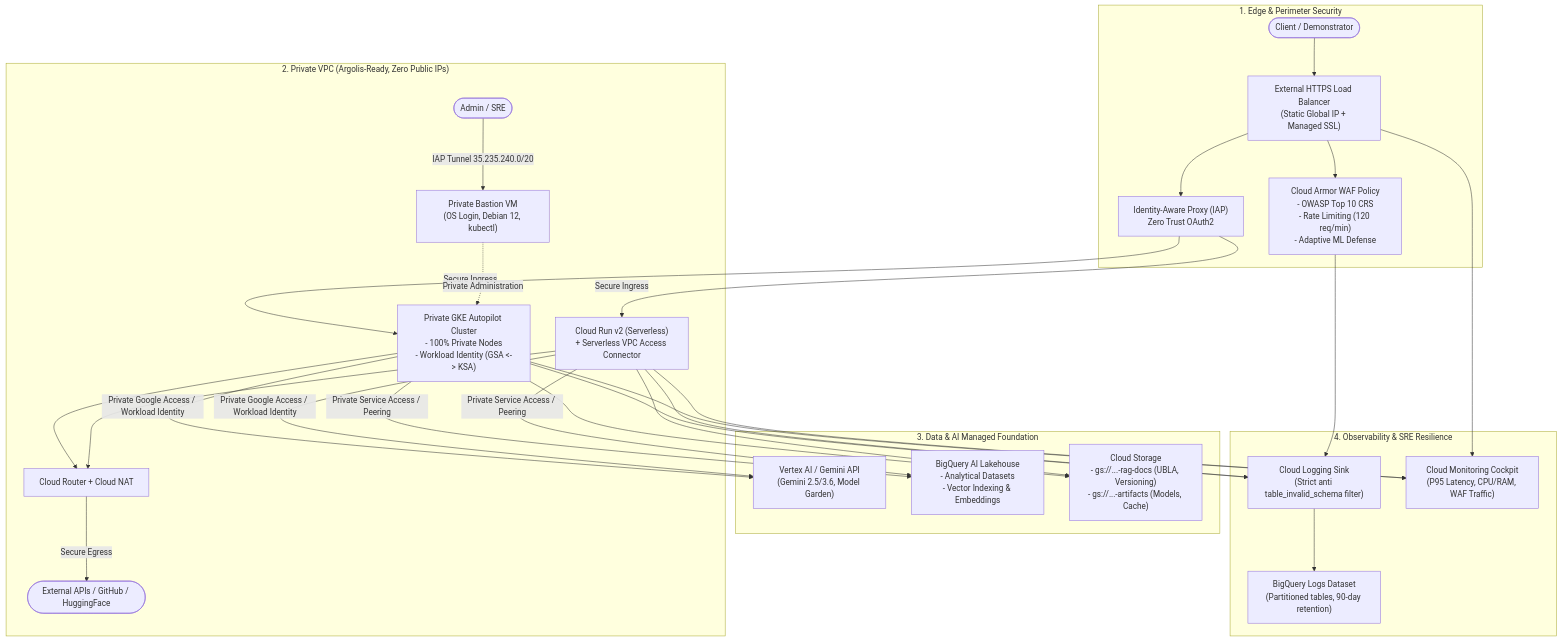
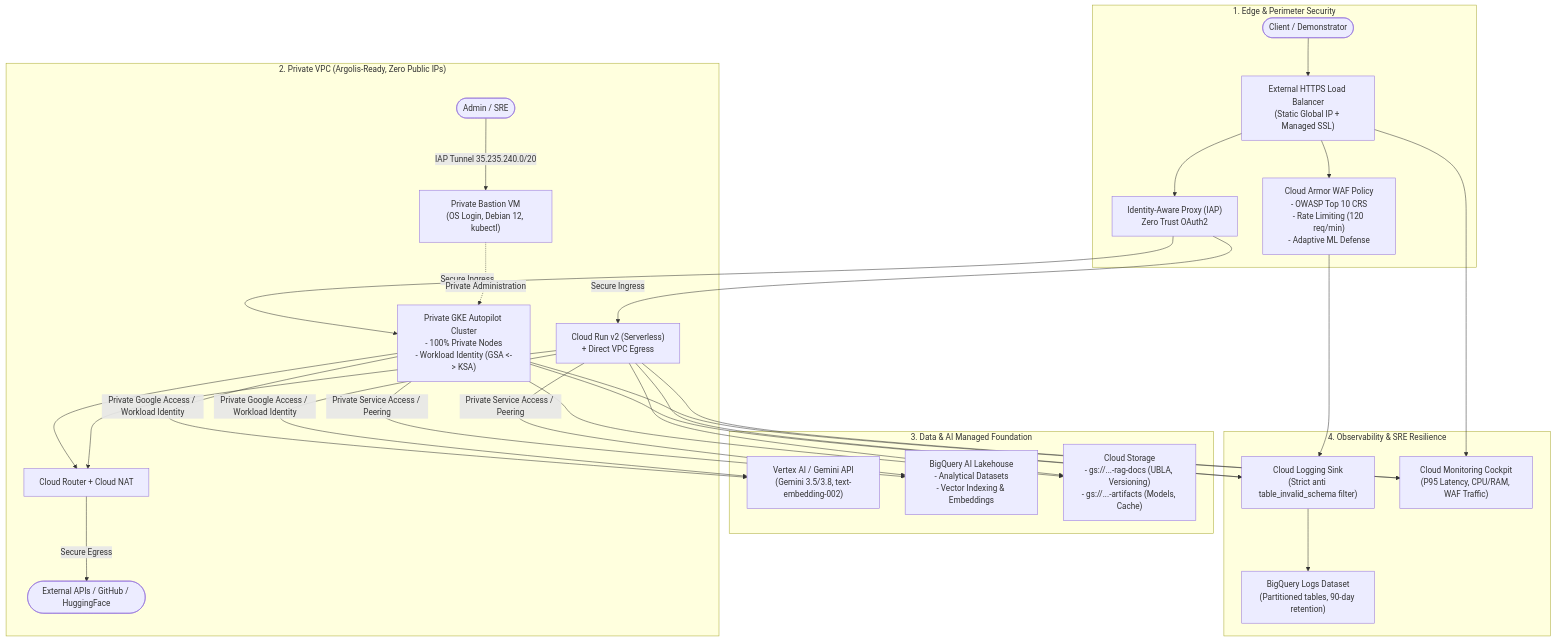
The diagram in README-EN.md (hoffmannw-hjkl/gcp-ai-foundation-blueprint), drawn with Mermaid before and after one commit. The commit also changed other lines of this file and 2 other files, not shown here.

First line of the commit message:
docs: align blueprint documentation with Google Technical Writing standards

````diff
--- a/README-EN.md
+++ b/README-EN.md
@@ -29,32 +25,32 @@
 ```mermaid
 flowchart TD
     subgraph Internet_Edge ["1. Edge & Perimeter Security"]
         User(["Client / Demonstrator"]) --> LB["External HTTPS Load Balancer\n(Static Global IP + Managed SSL)"]
         LB --> WAF["Cloud Armor WAF Policy\n- OWASP Top 10 CRS\n- Rate Limiting (120 req/min)\n- Adaptive ML Defense"]
         LB --> IAP["Identity-Aware Proxy (IAP)\nZero Trust OAuth2"]
     end
 
     subgraph VPC ["2. Private VPC (Argolis-Ready, Zero Public IPs)"]
         IAP -->|Secure Ingress| GKE["Private GKE Autopilot Cluster\n- 100% Private Nodes\n- Workload Identity (GSA <-> KSA)"]
-        IAP -->|Secure Ingress| CR["Cloud Run v2 (Serverless)\n+ Serverless VPC Access Connector"]
+        IAP -->|Secure Ingress| CR["Cloud Run v2 (Serverless)\n+ Direct VPC Egress"]
         
         Admin(["Admin / SRE"]) -->|IAP Tunnel 35.235.240.0/20| Bastion["Private Bastion VM\n(OS Login, Debian 12, kubectl)"]
         Bastion -.->|Private Administration| GKE
 
         GKE --> NAT["Cloud Router + Cloud NAT"]
         CR --> NAT
         NAT -->|Secure Egress| EgressNet(["External APIs / GitHub / HuggingFace"])
     end
 
     subgraph Data_AI ["3. Data & AI Managed Foundation"]
-        GKE & CR -->|Private Google Access / Workload Identity| VertexAI["Vertex AI / Gemini API\n(Gemini 2.5/3.6, Model Garden)"]
+        GKE & CR -->|Private Google Access / Workload Identity| VertexAI["Vertex AI / Gemini API\n(Gemini 3.5/3.8, text-embedding-002)"]
         GKE & CR -->|Private Service Access / Peering| BQ["BigQuery AI Lakehouse\n- Analytical Datasets\n- Vector Indexing & Embeddings"]
         GKE & CR --> GCS["Cloud Storage\n- gs://...-rag-docs (UBLA, Versioning)\n- gs://...-artifacts (Models, Cache)"]
     end
 
     subgraph SRE_Observability ["4. Observability & SRE Resilience"]
         GKE & CR & WAF --> Sink["Cloud Logging Sink\n(Strict anti table_invalid_schema filter)"]
         Sink --> BQLogs["BigQuery Logs Dataset\n(Partitioned tables, 90-day retention)"]
         GKE & CR & LB --> Dash["Cloud Monitoring Cockpit\n(P95 Latency, CPU/RAM, WAF Traffic)"]
     end
 ```
````
